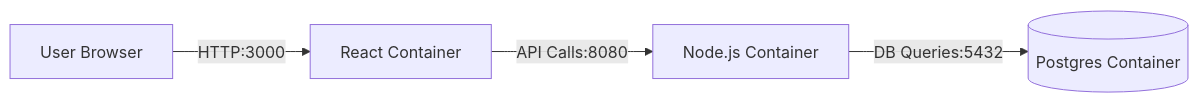
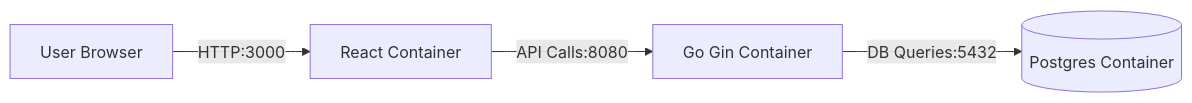
Before and after one commit to tushar11kh/devops_next_go_postgres: the first of 2 diagrams in README.md, drawn with Mermaid. The commit also changed other lines of this file, not shown here.

````diff
--- a/README.md
+++ b/README.md
@@ -91,6 +91,6 @@
 ```mermaid
 flowchart LR
     User[User Browser] -->|HTTP:3000| Frontend[React Container]
-    Frontend -->|API Calls:8080| Backend[Node.js Container]
+    Frontend -->|API Calls:8080| Backend[Go Gin Container]
     Backend -->|DB Queries:5432| Database[(Postgres Container)]
 ```
````
